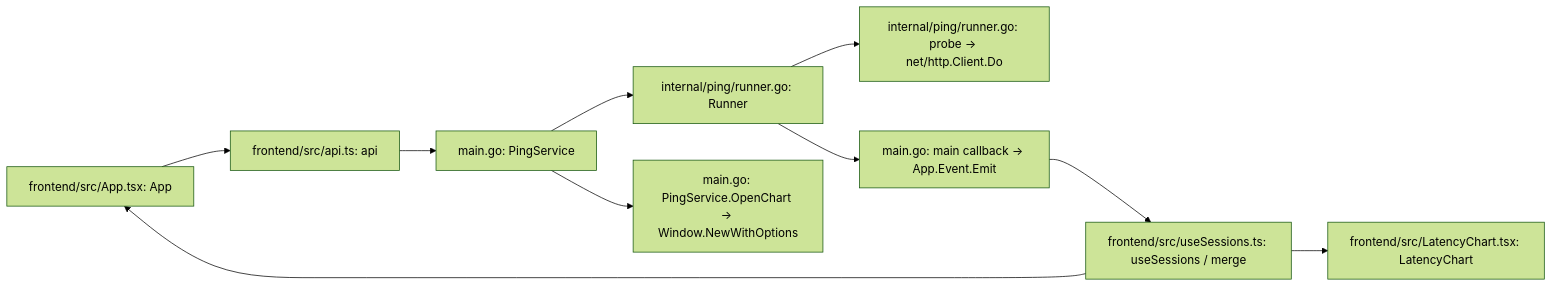
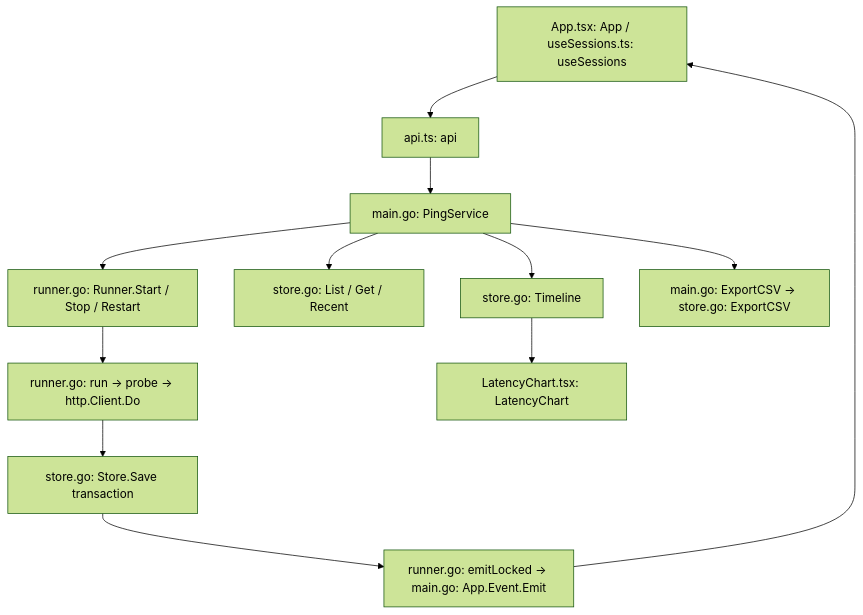
One commit to djian01/nt_gui changed the diagram in docs/architecture/http-wails-prototype.md. Above: the diagram before and after it, drawn with Mermaid (forest theme). The commit also changed other lines of this file and 19 other files, not shown here.

Commit message:
Persist HTTP tests and add saved timeline workflows

````diff
--- a/docs/architecture/http-wails-prototype.md
+++ b/docs/architecture/http-wails-prototype.md
@@ -54,12 +61,14 @@
 ```mermaid
-flowchart LR
-    UI["frontend/src/App.tsx: App"] --> Bridge["frontend/src/api.ts: api"]
-    Bridge --> Desktop["main.go: PingService"]
-    Desktop --> Runner["internal/ping/runner.go: Runner"]
-    Runner --> HTTP["internal/ping/runner.go: probe → net/http.Client.Do"]
-    Runner --> Events["main.go: main callback → App.Event.Emit"]
-    Events --> State["frontend/src/useSessions.ts: useSessions / merge"]
-    State --> UI
-    State --> Chart["frontend/src/LatencyChart.tsx: LatencyChart"]
-    Desktop --> Window["main.go: PingService.OpenChart → Window.NewWithOptions"]
+flowchart TD
+    UI["App.tsx: App / useSessions.ts: useSessions"] --> API["api.ts: api"]
+    API --> Service["main.go: PingService"]
+    Service --> Runner["runner.go: Runner.Start / Stop / Restart"]
+    Runner --> Probe["runner.go: run → probe → http.Client.Do"]
+    Probe --> Save["store.go: Store.Save transaction"]
+    Save --> Event["runner.go: emitLocked → main.go: App.Event.Emit"]
+    Event --> UI
+    Service --> History["store.go: List / Get / Recent"]
+    Service --> Timeline["store.go: Timeline"]
+    Timeline --> Chart["LatencyChart.tsx: LatencyChart"]
+    Service --> Export["main.go: ExportCSV → store.go: ExportCSV"]
 ```
````
